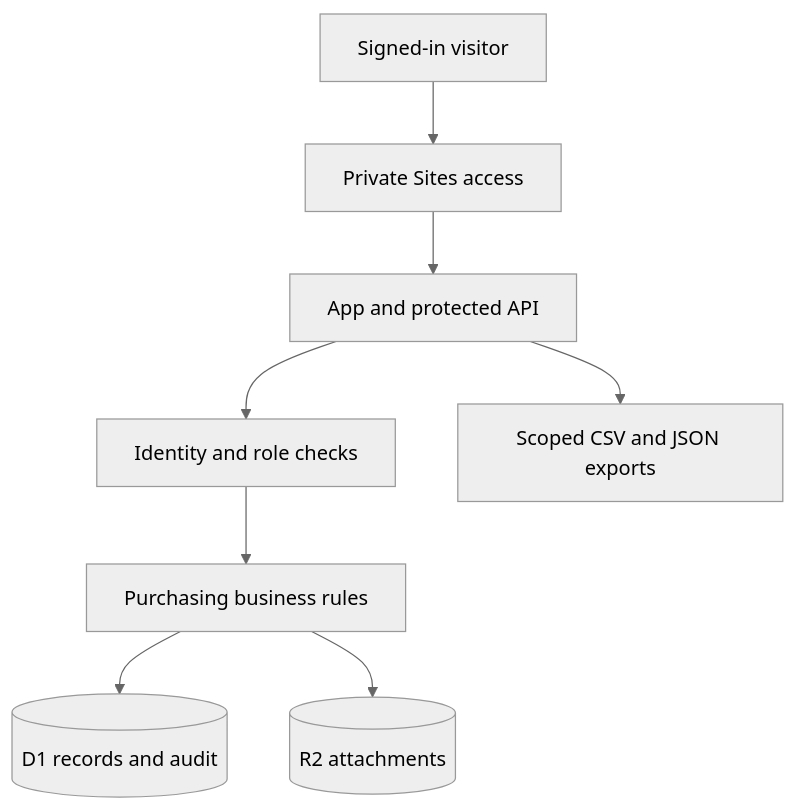
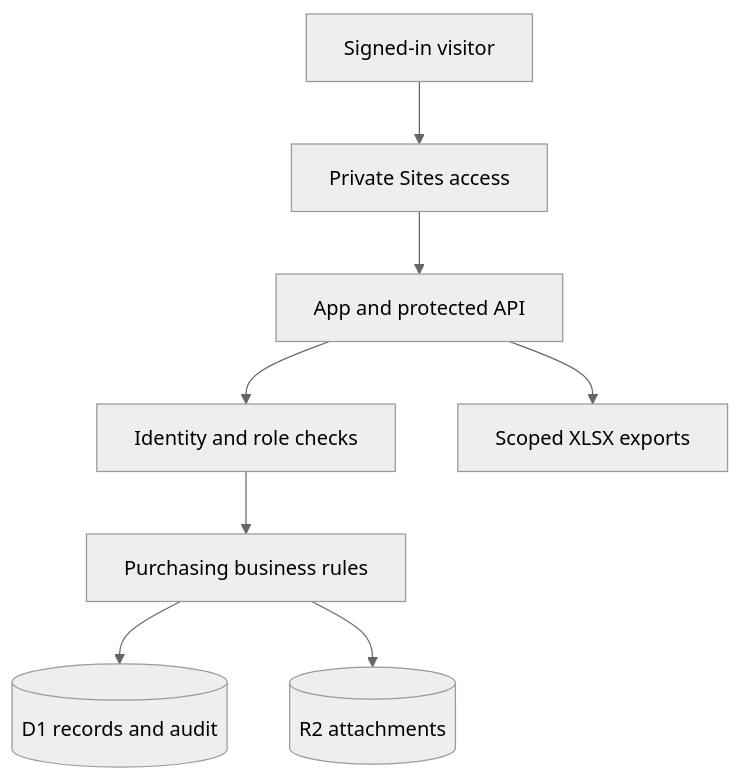
Before and after one commit to AverySteffensen/Fuji-Project: the diagram in docs/architecture.md, drawn with Mermaid (neutral theme). The commit also changed other lines of this file and 51 other files, not shown here.

````diff
--- a/docs/architecture.md
+++ b/docs/architecture.md
@@ -5,10 +5,10 @@
 ```mermaid
 flowchart TD
     A[Signed-in visitor] --> B[Private Sites access]
     B --> C[App and protected API]
     C --> D[Identity and role checks]
     D --> E[Purchasing business rules]
     E --> F[(D1 records and audit)]
     E --> G[(R2 attachments)]
-    C --> H[Scoped CSV and JSON exports]
+    C --> H[Scoped XLSX exports]
 ```
````
